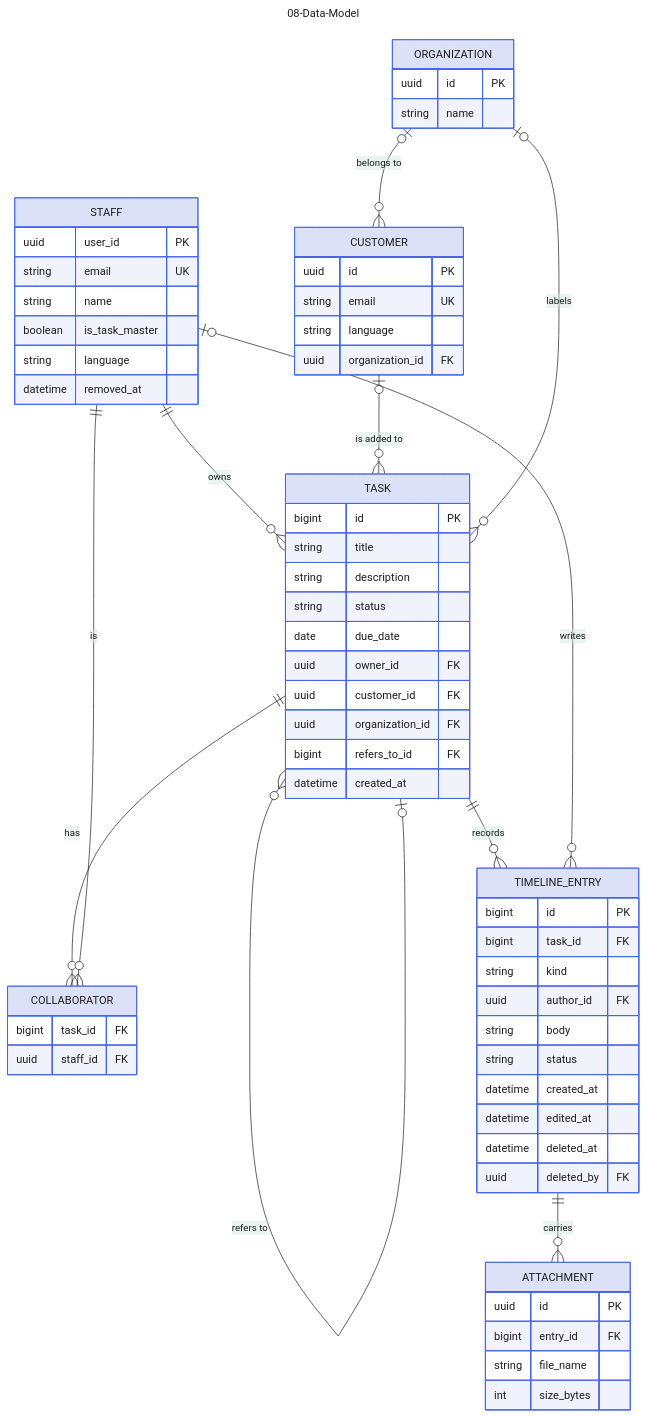
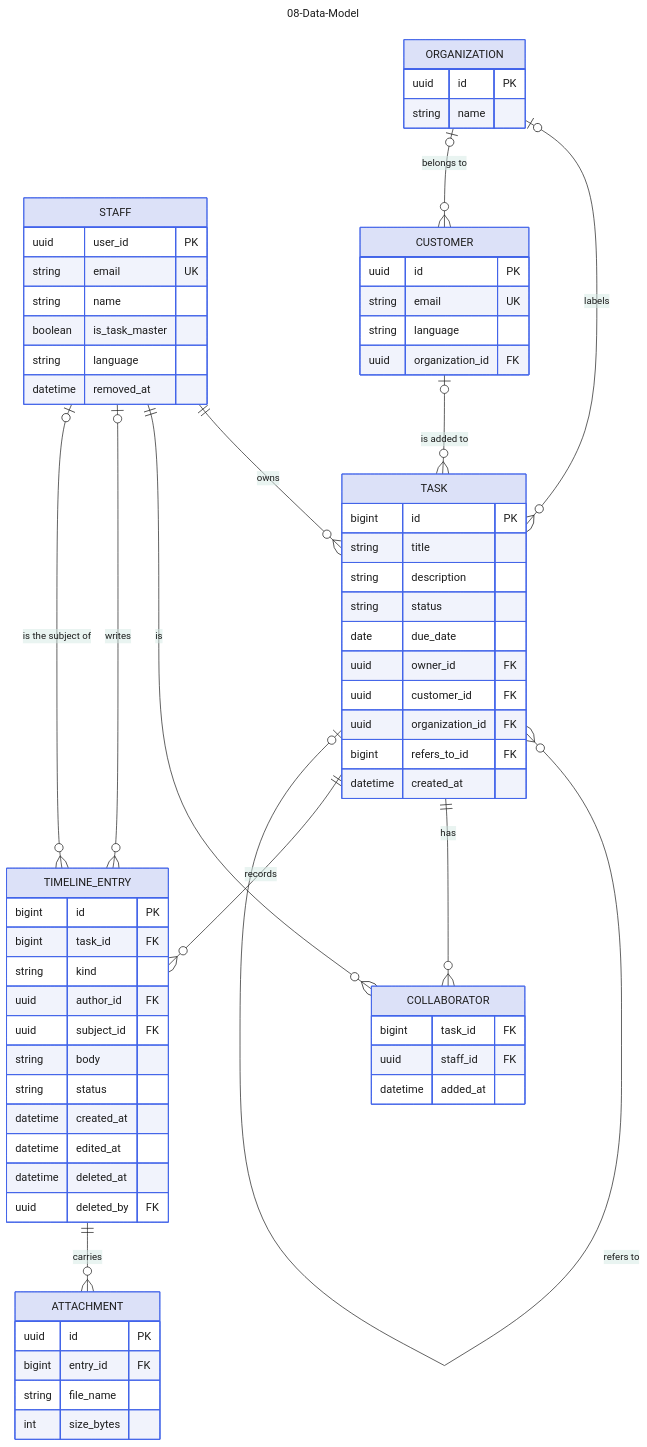
The diagram in docs/diagram/08-Data-Model.md (jedt3d/tasuku), drawn with Mermaid before and after one commit. The commit also changed other lines of this file and 2 other files, not shown here.

Commit message:
docs: sync the data model diagram with Collaborators (#6)

````diff
--- a/docs/diagram/08-Data-Model.md
+++ b/docs/diagram/08-Data-Model.md
@@ -110,12 +110,14 @@
   COLLABORATOR {
     bigint task_id FK
     uuid staff_id FK
+    datetime added_at
   }
   TIMELINE_ENTRY {
     bigint id PK
     bigint task_id FK
     string kind
     uuid author_id FK
+    uuid subject_id FK
     string body
     string status
     datetime created_at
@@ -138,5 +140,6 @@
   STAFF ||--o{ COLLABORATOR : is
   TASK ||--o{ TIMELINE_ENTRY : records
   STAFF |o--o{ TIMELINE_ENTRY : writes
+  STAFF |o--o{ TIMELINE_ENTRY : "is the subject of"
   TIMELINE_ENTRY ||--o{ ATTACHMENT : carries
 ```
````
